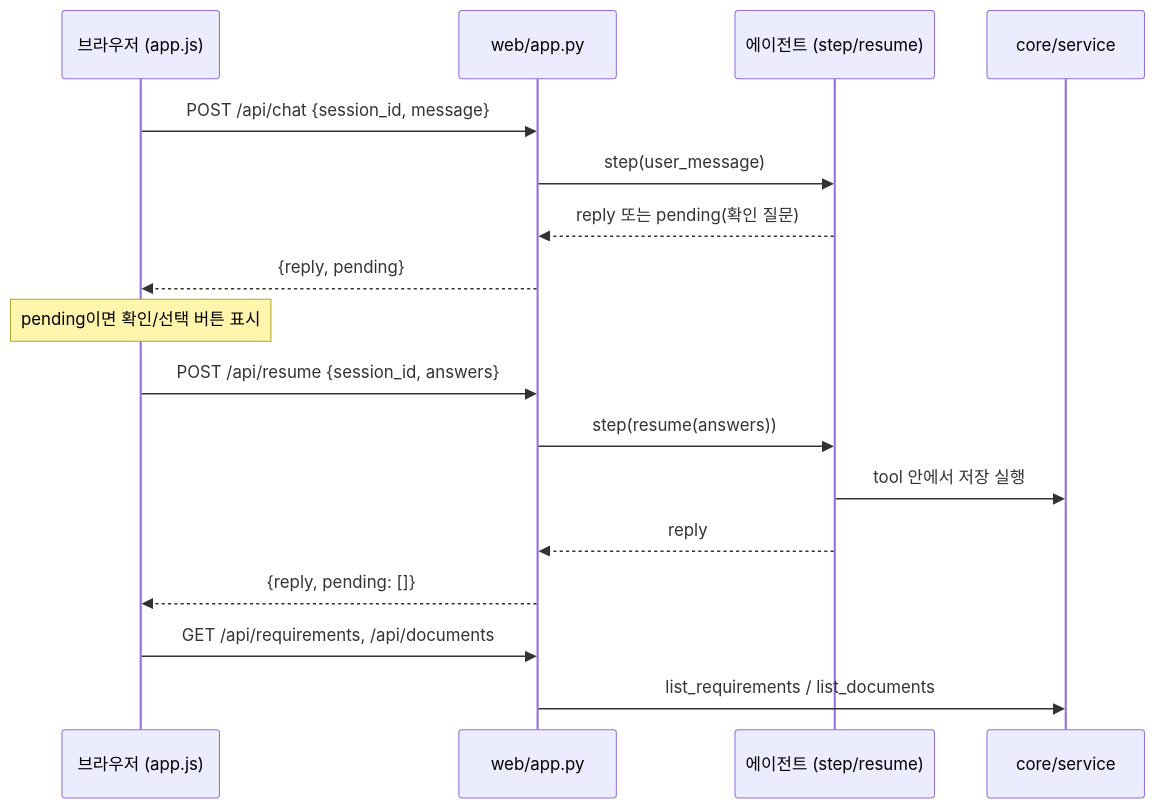
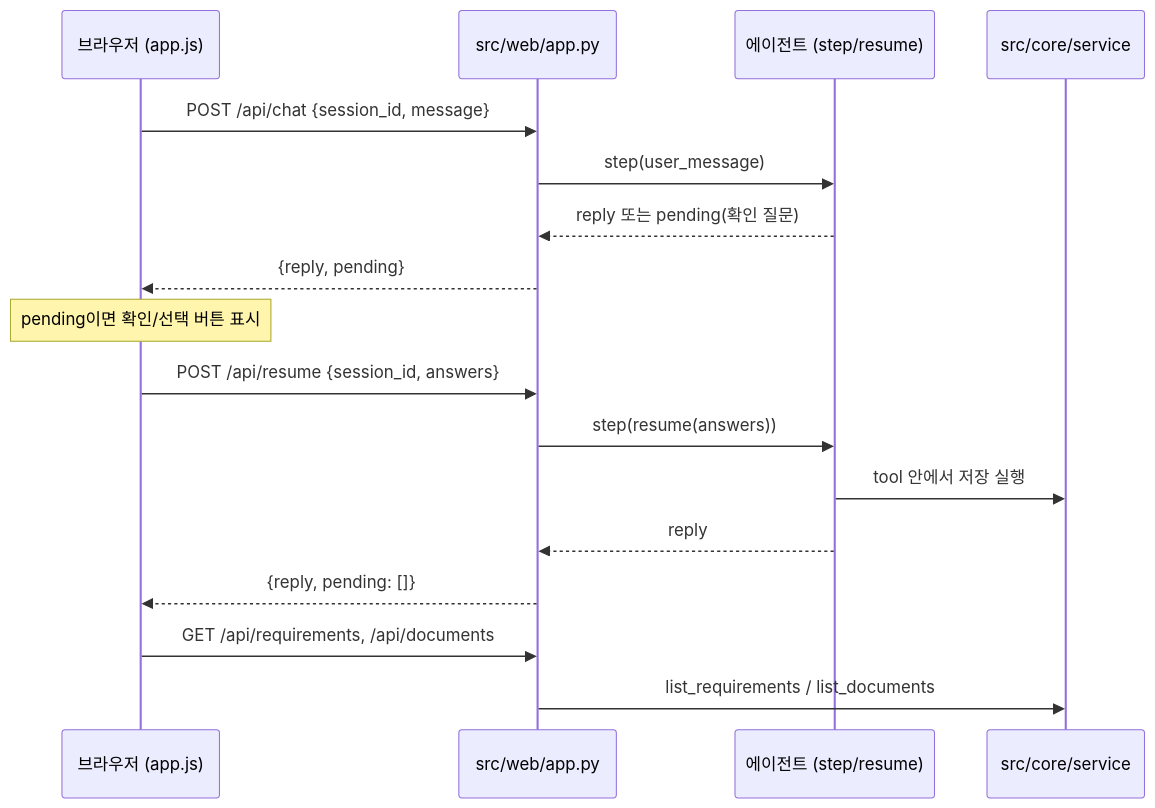
The sixth of 7 diagrams in README.md (limgandhi/requirement-history-agent), drawn with Mermaid before and after one commit. The commit also changed other lines of this file and 77 other files, not shown here.

````diff
--- a/README.md
+++ b/README.md
@@ -243,19 +243,19 @@
 ```mermaid
 sequenceDiagram
     participant B as 브라우저 (app.js)
-    participant W as web/app.py
+    participant W as src/web/app.py
     participant A as 에이전트 (step/resume)
-    participant S as core/service
+    participant S as src/core/service
     B->>W: POST /api/chat {session_id, message}
     W->>A: step(user_message)
     A-->>W: reply 또는 pending(확인 질문)
     W-->>B: {reply, pending}
     Note over B: pending이면 확인/선택 버튼 표시
     B->>W: POST /api/resume {session_id, answers}
     W->>A: step(resume(answers))
     A->>S: tool 안에서 저장 실행
     A-->>W: reply
     W-->>B: {reply, pending: []}
     B->>W: GET /api/requirements, /api/documents
     W->>S: list_requirements / list_documents
 ```
````
